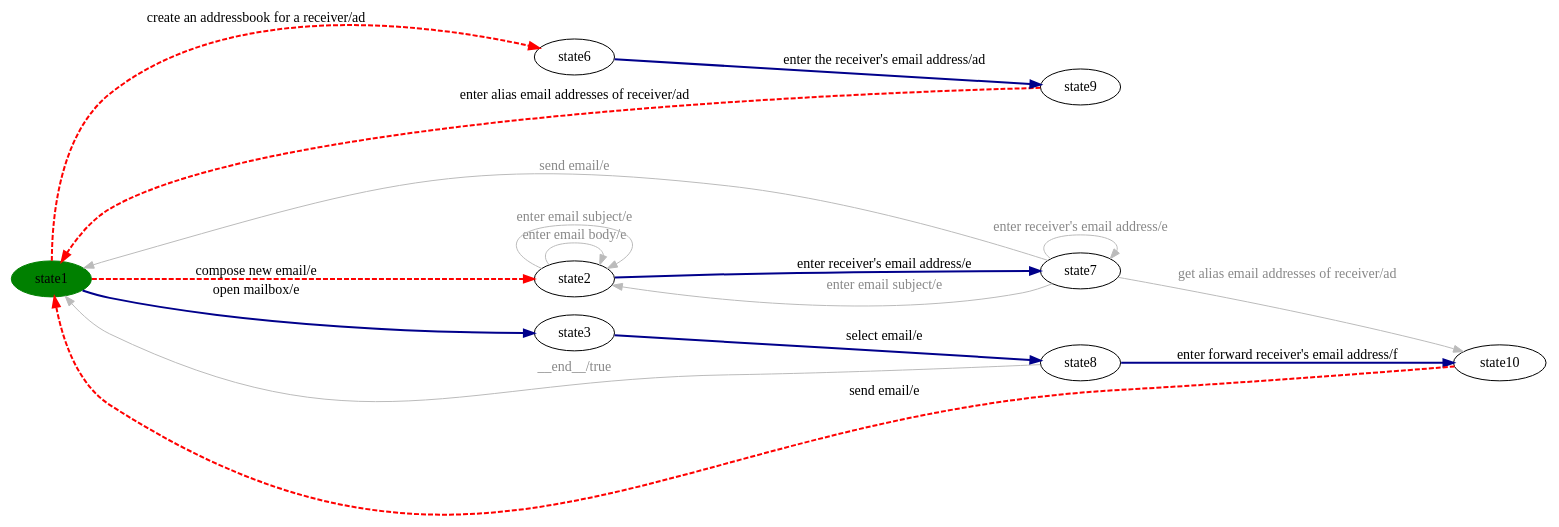
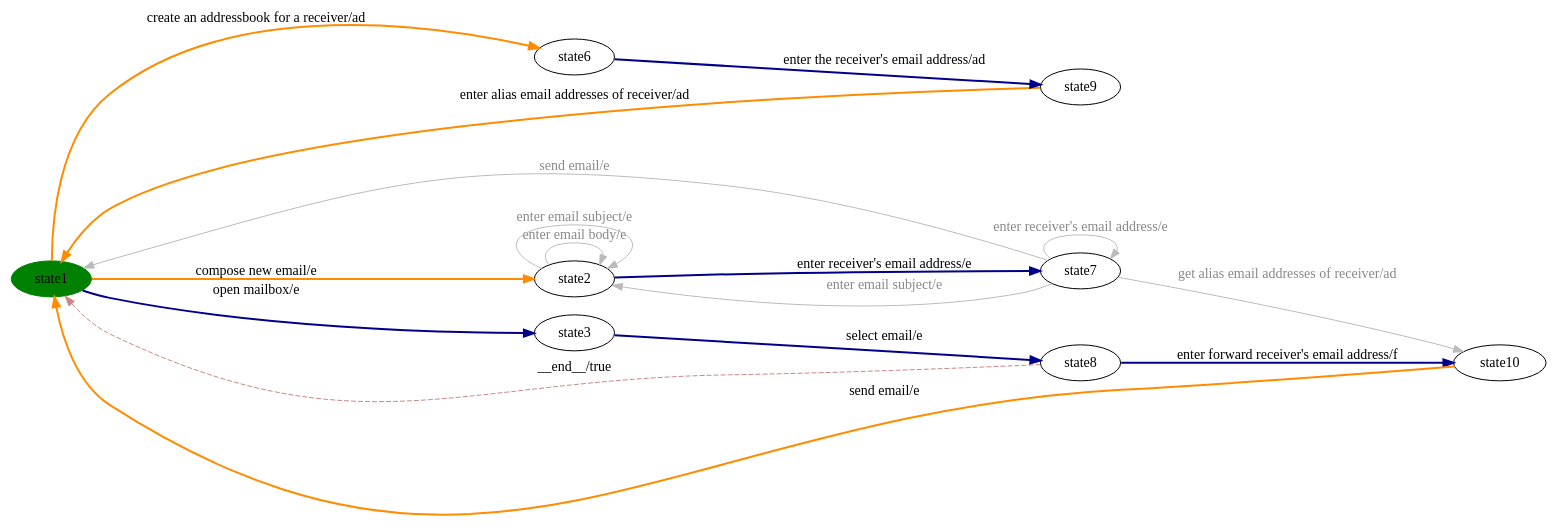
One commit to dilekozturk93/vibes changed the diagram in milestone-reports/per-product-all-states/eMail/eMail-product10-walk.dot. Above: the diagram before and after it, drawn with Graphviz. The commit also changed 152 other files, not shown here.

```diff
--- a/milestone-reports/per-product-all-states/eMail/eMail-product10-walk.dot
+++ b/milestone-reports/per-product-all-states/eMail/eMail-product10-walk.dot
@@ -1,27 +1,27 @@
 digraph G {
 rankdir=LR;
 state0[ label = "state1", style=filled, color=green ];
 state1 [ label = "state9" ];
 state2 [ label = "state6" ];
 state3 [ label = "state8" ];
 state4 [ label = "state7" ];
 state5 [ label = "state10" ];
 state6 [ label = "state2" ];
 state7 [ label = "state3" ];
 state4 -> state0 [ label=" send email/e ", color="#bbbbbb", fontcolor="#888888" ];
-state1 -> state0 [ label=" enter alias email addresses of receiver/ad ", style=dashed, color=red, penwidth=2 ];
+state1 -> state0 [ label=" enter alias email addresses of receiver/ad ", style=bold, color=darkorange, penwidth=2 ];
 state7 -> state3 [ label=" select email/e ", style=bold, color=darkblue, penwidth=2 ];
 state6 -> state4 [ label=" enter receiver's email address/e ", style=bold, color=darkblue, penwidth=2 ];
 state4 -> state6 [ label=" enter email subject/e ", color="#bbbbbb", fontcolor="#888888" ];
 state3 -> state5 [ label=" enter forward receiver's email address/f ", style=bold, color=darkblue, penwidth=2 ];
-state3 -> state0 [ label=" __end__/true ", color="#bbbbbb", fontcolor="#888888" ];
+state3 -> state0 [ label=" __end__/true ", style=dashed, color="#cc8888" ];
 state0 -> state7 [ label=" open mailbox/e ", style=bold, color=darkblue, penwidth=2 ];
-state0 -> state2 [ label=" create an addressbook for a receiver/ad ", style=dashed, color=red, penwidth=2 ];
-state0 -> state6 [ label=" compose new email/e ", style=dashed, color=red, penwidth=2 ];
+state0 -> state2 [ label=" create an addressbook for a receiver/ad ", style=bold, color=darkorange, penwidth=2 ];
+state0 -> state6 [ label=" compose new email/e ", style=bold, color=darkorange, penwidth=2 ];
 state6 -> state6 [ label=" enter email body/e ", color="#bbbbbb", fontcolor="#888888" ];
 state6 -> state6 [ label=" enter email subject/e ", color="#bbbbbb", fontcolor="#888888" ];
-state5 -> state0 [ label=" send email/e ", style=dashed, color=red, penwidth=2 ];
+state5 -> state0 [ label=" send email/e ", style=bold, color=darkorange, penwidth=2 ];
 state2 -> state1 [ label=" enter the receiver's email address/ad ", style=bold, color=darkblue, penwidth=2 ];
 state4 -> state4 [ label=" enter receiver's email address/e ", color="#bbbbbb", fontcolor="#888888" ];
 state4 -> state5 [ label=" get alias email addresses of receiver/ad ", color="#bbbbbb", fontcolor="#888888" ];
 }
```
